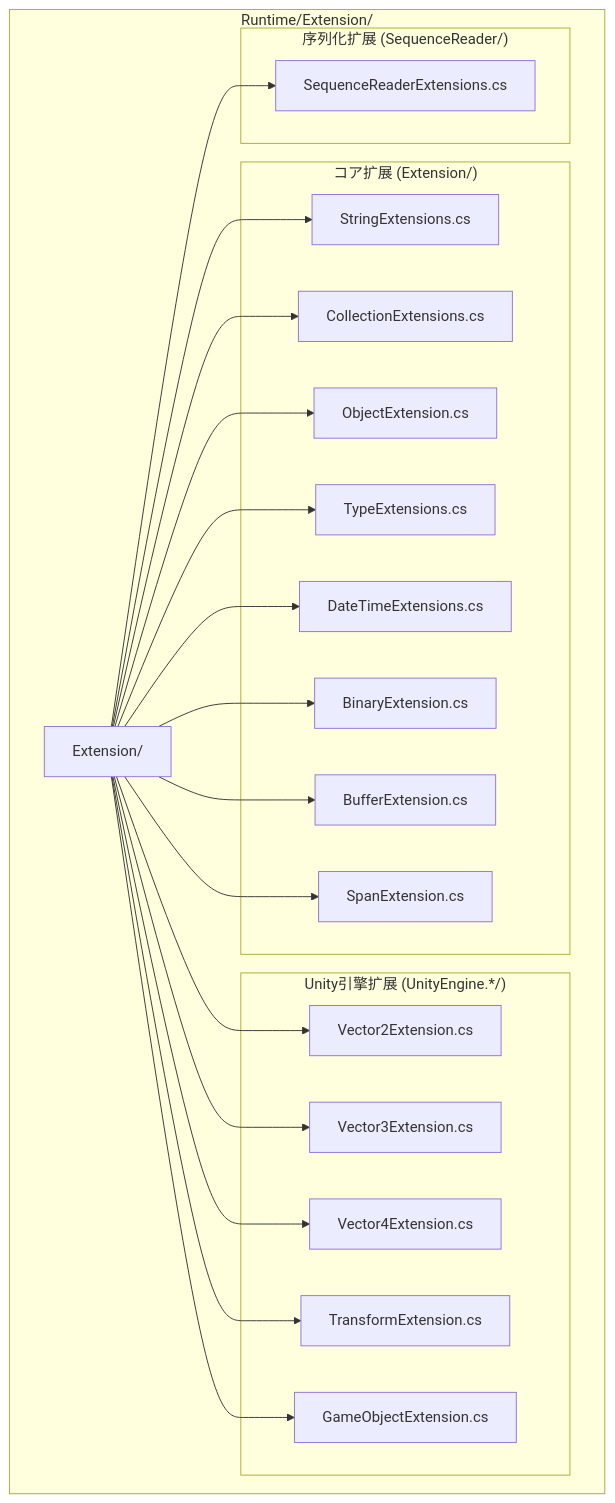
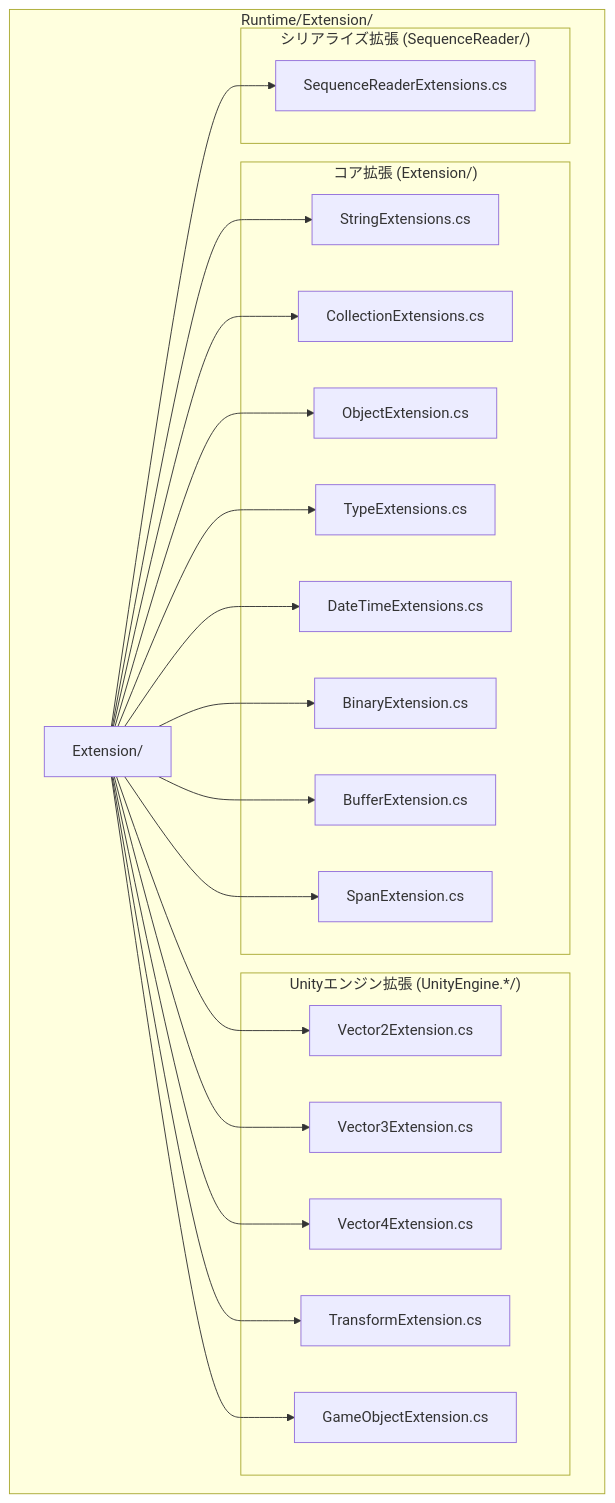
Before and after one commit to AlianBlank/GameFrameX.Docs: the diagram in docs/ja/client/unity/component/core/16.extension-methods.md, drawn with Mermaid. The commit also changed other lines of this file and 320 other files, not shown here.

````diff
--- a/docs/ja/client/unity/component/core/16.extension-methods.md
+++ b/docs/ja/client/unity/component/core/16.extension-methods.md
@@ -22,44 +22,44 @@
 ```mermaid
 graph TD
     subgraph "Runtime/Extension/"
         Root["Extension/"]
-        
-        subgraph "コア扩展 (Extension/)"
+
+        subgraph "コア拡張 (Extension/)"
             Core1[StringExtensions.cs]
             Core2[CollectionExtensions.cs]
             Core3[ObjectExtension.cs]
             Core4[TypeExtensions.cs]
             Core5[DateTimeExtensions.cs]
             Core6[BinaryExtension.cs]
             Core7[BufferExtension.cs]
             Core8[SpanExtension.cs]
         end
-        
-        subgraph "Unity引擎扩展 (UnityEngine.*/)"
+
+        subgraph "Unityエンジン拡張 (UnityEngine.*/)"
             Unity1[Vector2Extension.cs]
             Unity2[Vector3Extension.cs]
             Unity3[Vector4Extension.cs]
             Unity4[TransformExtension.cs]
             Unity5[GameObjectExtension.cs]
         end
-        
-        subgraph "序列化扩展 (SequenceReader/)"
+
+        subgraph "シリアライズ拡張 (SequenceReader/)"
             Seq1[SequenceReaderExtensions.cs]
         end
-        
+
         Root --> Core1
         Root --> Core2
         Root --> Core3
         Root --> Core4
         Root --> Core5
         Root --> Core6
         Root --> Core7
         Root --> Core8
         Root --> Unity1
         Root --> Unity2
         Root --> Unity3
         Root --> Unity4
         Root --> Unity5
         Root --> Seq1
     end
 ```
````
